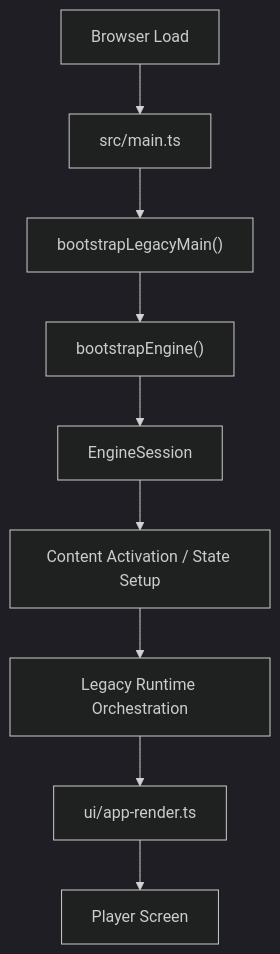
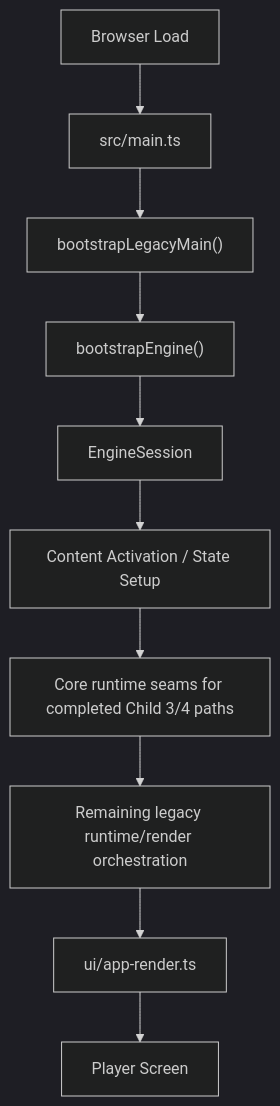
One commit to MA141277/RPG_TG changed the second of 5 diagrams in docs/superpowers/weekly/2026-06-29-weekly-architecture-report.md. Above: the diagram before and after it, drawn with Mermaid (dark theme). The commit also changed other lines of this file and 13 other files, not shown here.

Commit message:
docs: formalize child 6 task runtime plan

````diff
--- a/docs/superpowers/weekly/2026-06-29-weekly-architecture-report.md
+++ b/docs/superpowers/weekly/2026-06-29-weekly-architecture-report.md
@@ -74,11 +76,12 @@
 ```mermaid
 flowchart TD
     A["Browser Load"] --> B["src/main.ts"]
     B --> C["bootstrapLegacyMain()"]
     C --> D["bootstrapEngine()"]
     D --> E["EngineSession"]
     E --> F["Content Activation / State Setup"]
-    F --> G["Legacy Runtime Orchestration"]
-    G --> H["ui/app-render.ts"]
-    H --> I["Player Screen"]
+    F --> G["Core runtime seams for completed Child 3/4 paths"]
+    G --> H["Remaining legacy runtime/render orchestration"]
+    H --> I["ui/app-render.ts"]
+    I --> J["Player Screen"]
 ```
````
